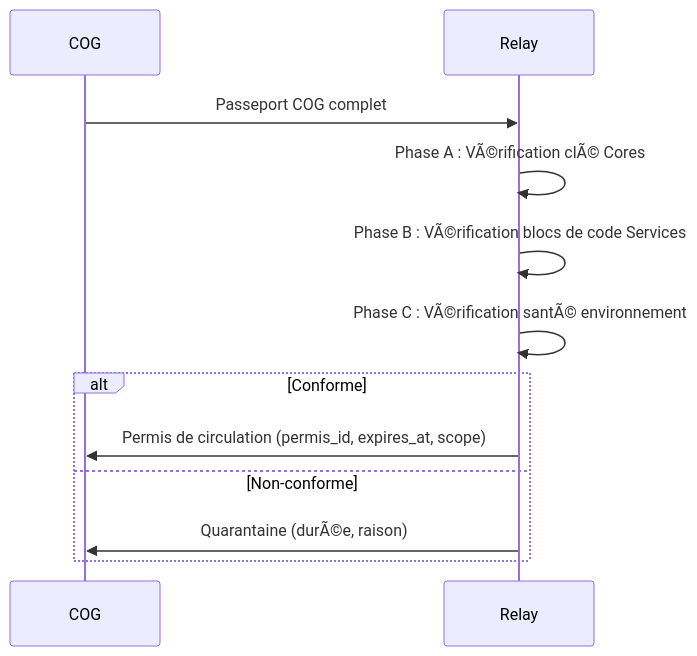
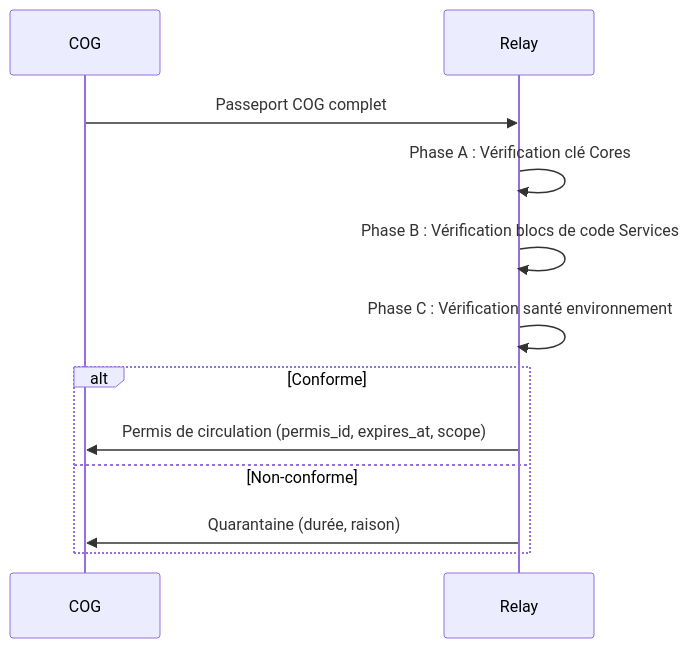
The fourth of 7 diagrams in docs/miyukini-webway-system/verification/MWS - Passeport et Visa.md (StudioMiyukini/miyukini_cog), drawn with Mermaid before and after one commit. The commit also changed other lines of this file and 564 other files, not shown here.

````diff
--- a/docs/miyukini-webway-system/verification/MWS - Passeport et Visa.md
+++ b/docs/miyukini-webway-system/verification/MWS - Passeport et Visa.md
@@ -389,15 +389,15 @@
 ```mermaid
 sequenceDiagram
     participant COG as COG
     participant R as Relay
 
     COG->>R: Passeport COG complet
-    R->>R: Phase A : VÃ©rification clÃ© Cores
-    R->>R: Phase B : VÃ©rification blocs de code Services
-    R->>R: Phase C : VÃ©rification santÃ© environnement
+    R->>R: Phase A : Vérification clé Cores
+    R->>R: Phase B : Vérification blocs de code Services
+    R->>R: Phase C : Vérification santé environnement
     alt Conforme
         R->>COG: Permis de circulation (permis_id, expires_at, scope)
     else Non-conforme
-        R->>COG: Quarantaine (durÃ©e, raison)
+        R->>COG: Quarantaine (durée, raison)
     end
 ```
````
